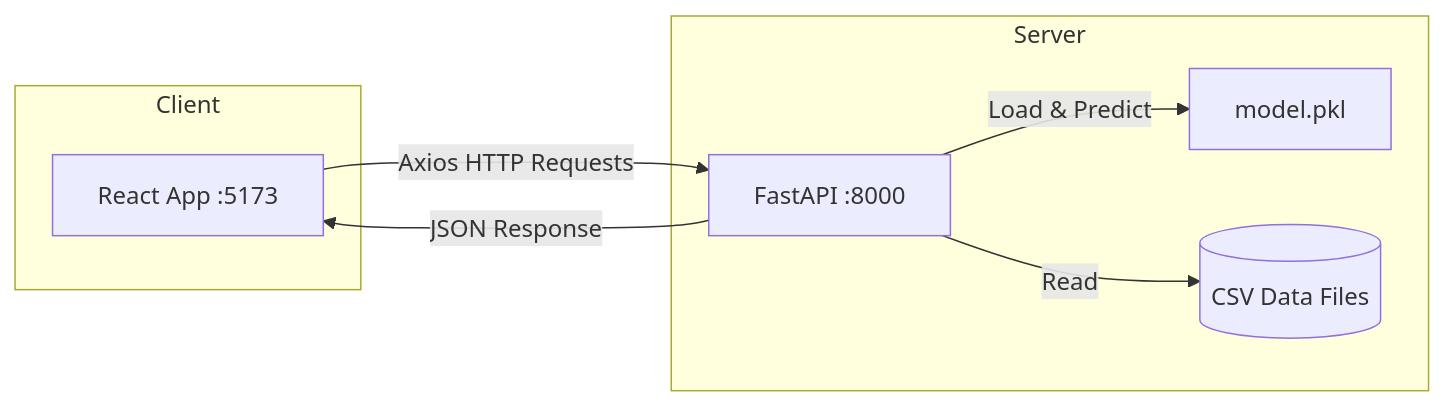
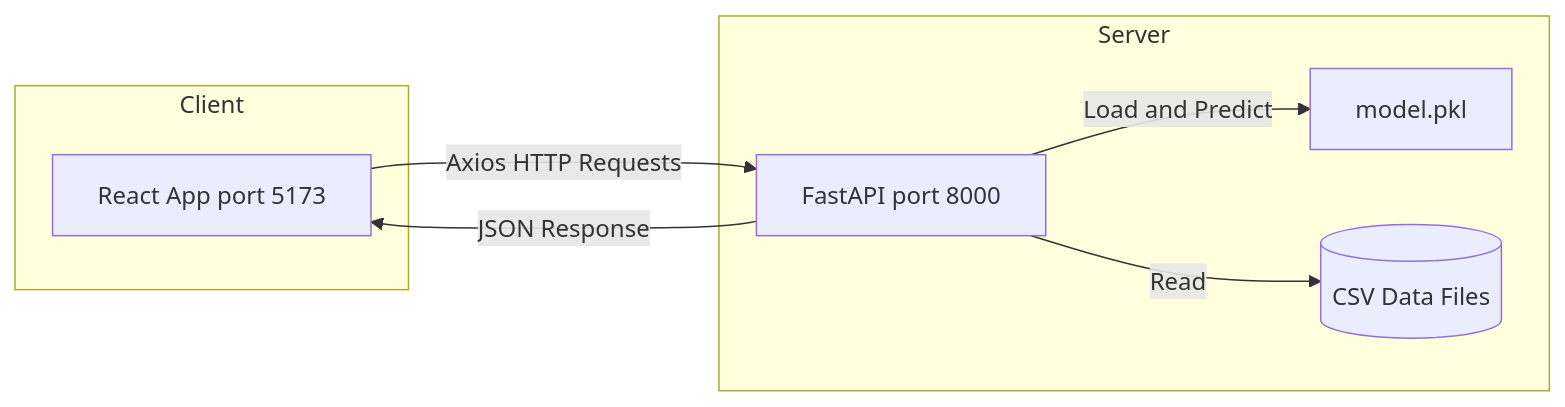
One commit to ukProject111/terra changed the second of 3 diagrams in README.md. Above: the diagram before and after it, drawn with Mermaid. The commit also changed other lines of this file, not shown here.

Commit message:
Fix mermaid diagram syntax for GitHub rendering

````diff
--- a/README.md
+++ b/README.md
@@ -66,17 +72,17 @@
 ```mermaid
 flowchart LR
-    subgraph Client
-        Browser[React App :5173]
+    subgraph Client["Client"]
+        Browser["React App port 5173"]
     end
 
-    subgraph Server
-        API[FastAPI :8000]
-        Model[model.pkl]
-        CSV[(CSV Data Files)]
+    subgraph Server["Server"]
+        API["FastAPI port 8000"]
+        Model["model.pkl"]
+        CSV[("CSV Data Files")]
     end
 
-    Browser -->|Axios HTTP Requests| API
-    API -->|Load & Predict| Model
-    API -->|Read| CSV
-    API -->|JSON Response| Browser
+    Browser -->|"Axios HTTP Requests"| API
+    API -->|"Load and Predict"| Model
+    API -->|"Read"| CSV
+    API -->|"JSON Response"| Browser
 ```
````
